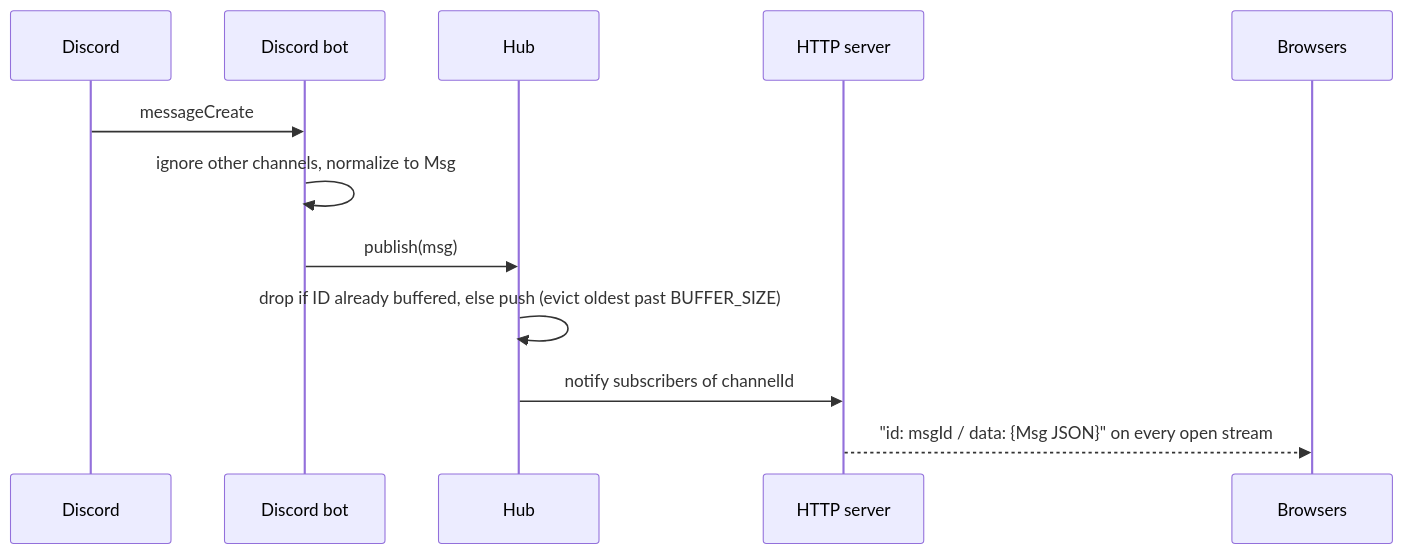
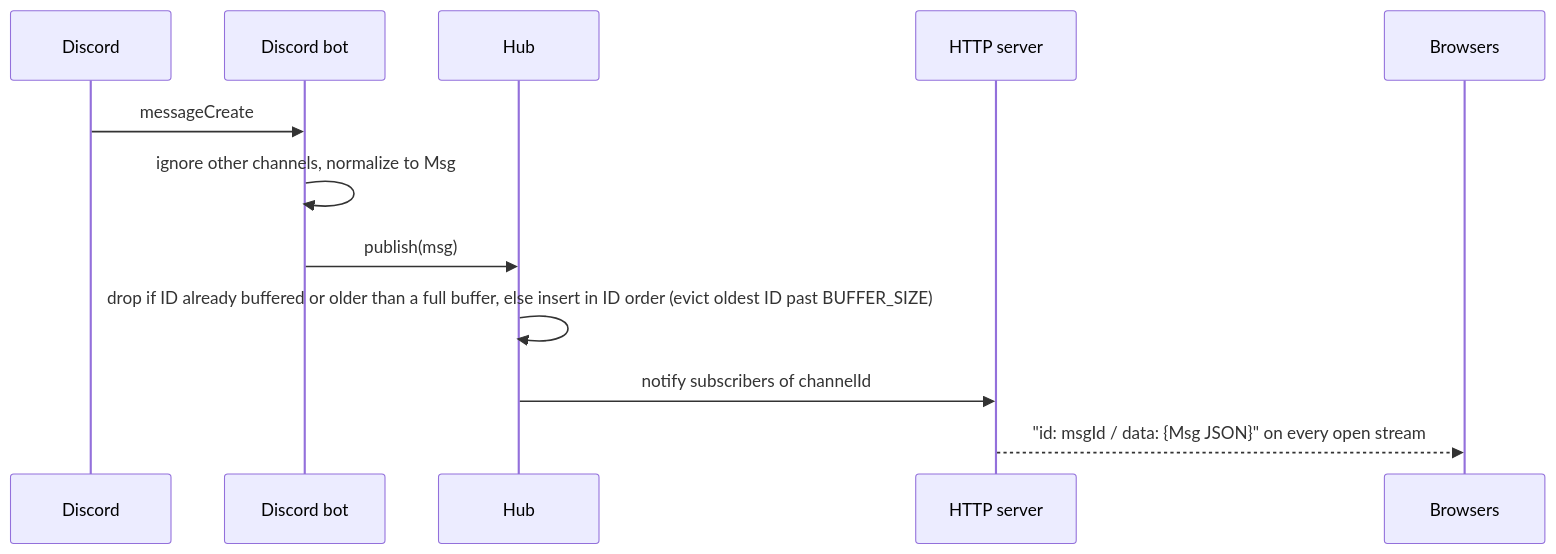
One commit to AmitKulkarni23/discord-relay changed the third of 5 diagrams in docs/system-specs/architecture.md. Above: the diagram before and after it, drawn with Mermaid. The commit also changed 5 other files, not shown here.

Commit message:
Keep the hub buffer in ID order so eviction always removes the oldest message.

````diff
--- a/docs/system-specs/architecture.md
+++ b/docs/system-specs/architecture.md
@@ -67,14 +67,14 @@
 ```mermaid
 sequenceDiagram
   participant D as Discord
   participant B as Discord bot
   participant H as Hub
   participant S as HTTP server
   participant W as Browsers
   D->>B: messageCreate
   B->>B: ignore other channels, normalize to Msg
   B->>H: publish(msg)
-  H->>H: drop if ID already buffered, else push (evict oldest past BUFFER_SIZE)
+  H->>H: drop if ID already buffered or older than a full buffer, else insert in ID order (evict oldest ID past BUFFER_SIZE)
   H->>S: notify subscribers of channelId
   S-->>W: "id: msgId / data: {Msg JSON}" on every open stream
 ```
````
